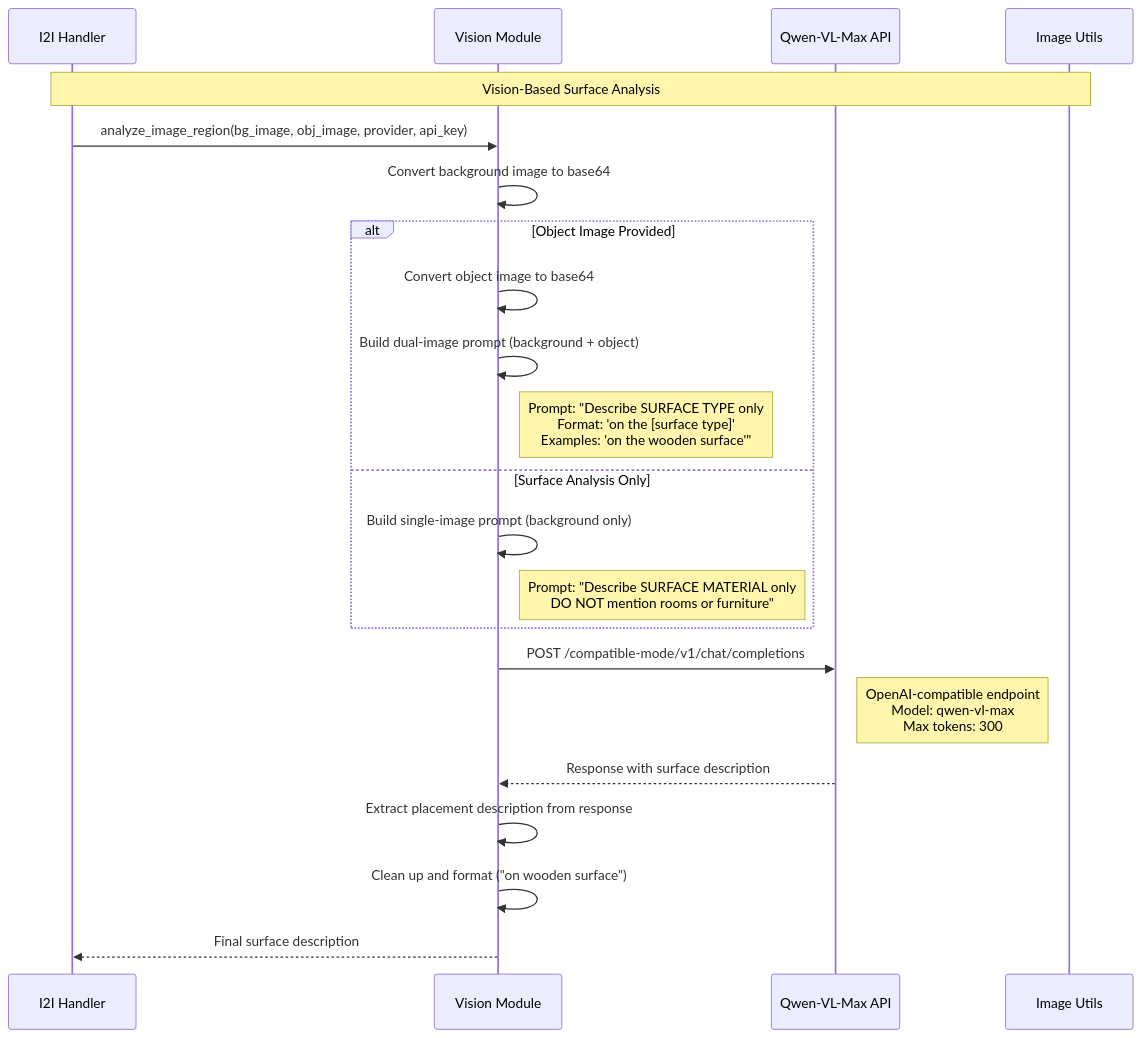
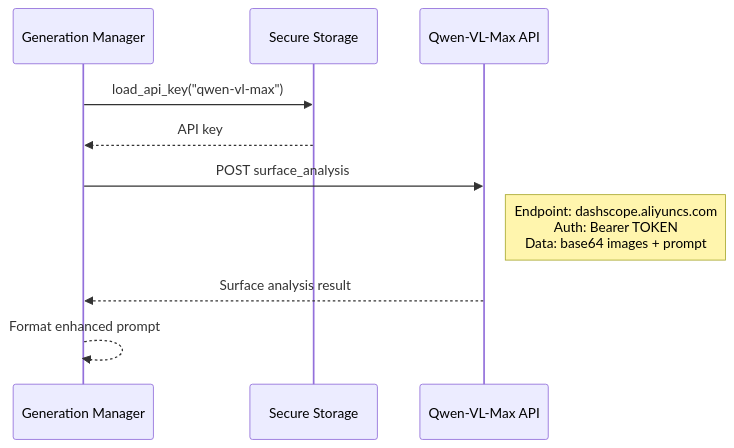
The first of 4 diagrams in workflow diagram/sequence_diagram.md (hooh777/photogen_app_v3), drawn with Mermaid before and after one commit. The commit also changed other lines of this file and 31 other files, not shown here.

````diff
--- a/workflow diagram/sequence_diagram.md
+++ b/workflow diagram/sequence_diagram.md
@@ -544,29 +82,14 @@
 ```mermaid
 sequenceDiagram
-    participant I2IHandler as I2I Handler
-    participant Vision as Vision Module
-    participant QwenVL as Qwen-VL-Max API
-    participant Utils as Image Utils
+    participant GenMgr as Generation Manager
+    participant Storage as Secure Storage
+    participant QwenAPI as Qwen-VL-Max API
 
-    Note over I2IHandler, Utils: Vision-Based Surface Analysis
-
-    I2IHandler->>Vision: analyze_image_region(bg_image, obj_image, provider, api_key)
-    Vision->>Vision: Convert background image to base64
+    GenMgr->>Storage: load_api_key("qwen-vl-max")
+    Storage-->>GenMgr: API key
     
-    alt Object Image Provided
-        Vision->>Vision: Convert object image to base64
-        Vision->>Vision: Build dual-image prompt (background + object)
-        Note right of Vision: Prompt: "Describe SURFACE TYPE only<br/>Format: 'on the [surface type]'<br/>Examples: 'on the wooden surface'"
-    else Surface Analysis Only
-        Vision->>Vision: Build single-image prompt (background only)
-        Note right of Vision: Prompt: "Describe SURFACE MATERIAL only<br/>DO NOT mention rooms or furniture"
-    end
-    
-    Vision->>QwenVL: POST /compatible-mode/v1/chat/completions
-    Note right of QwenVL: OpenAI-compatible endpoint<br/>Model: qwen-vl-max<br/>Max tokens: 300
-    
-    QwenVL-->>Vision: Response with surface description
-    Vision->>Vision: Extract placement description from response
-    Vision->>Vision: Clean up and format ("on wooden surface")
-    Vision-->>I2IHandler: Final surface description
+    GenMgr->>QwenAPI: POST surface_analysis
+    Note right of QwenAPI: Endpoint: dashscope.aliyuncs.com<br/>Auth: Bearer TOKEN<br/>Data: base64 images + prompt
+    QwenAPI-->>GenMgr: Surface analysis result
+    GenMgr-->>GenMgr: Format enhanced prompt
 ```
````
